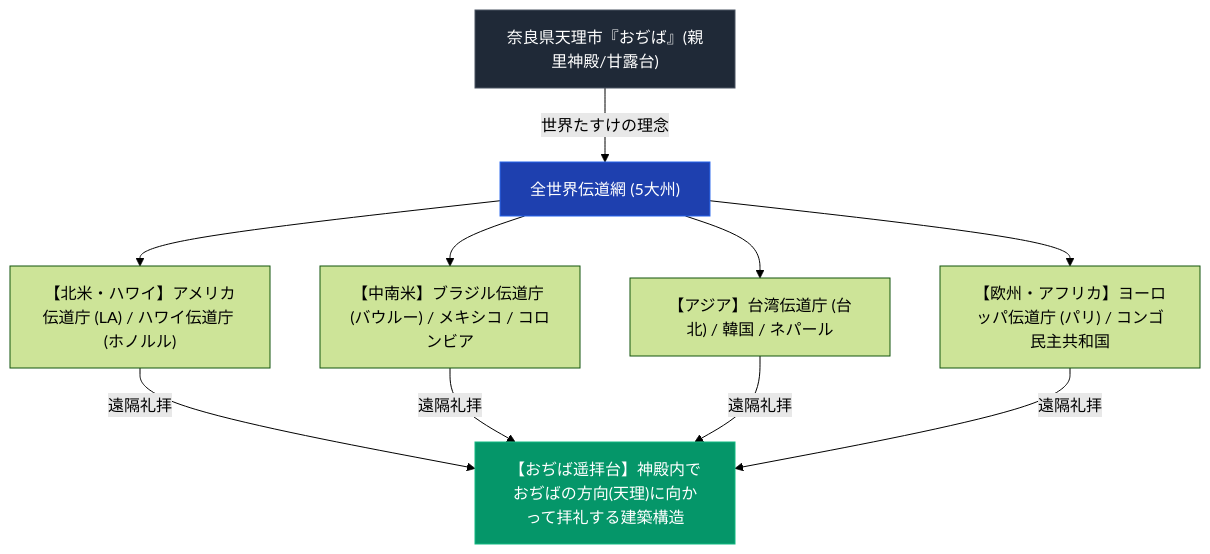
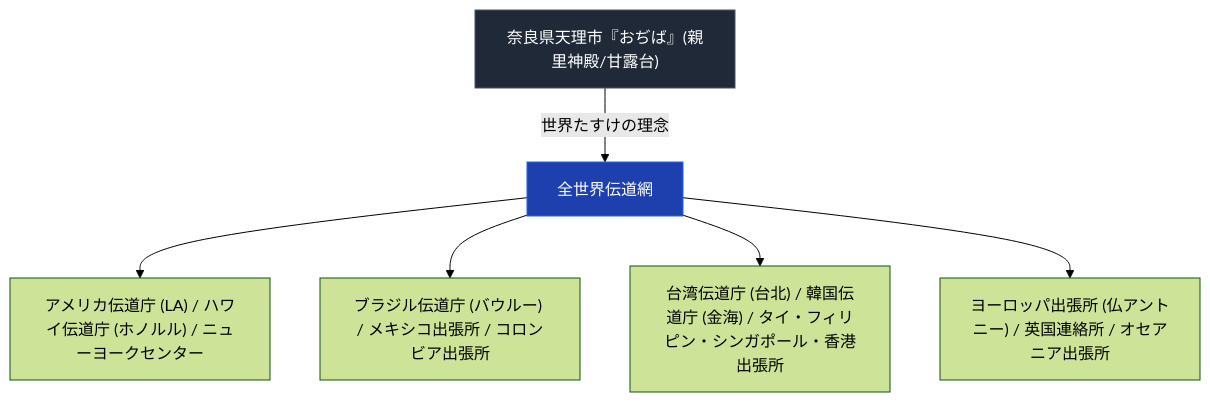
Before and after one commit to iida-masashi/religion-garden: the diagram in content/01_宗派・異端研究/08_比較・史論・ハブ/天理教の海外拠点と世界伝道網.md, drawn with Mermaid (forest theme). The commit also changed other lines of this file and 251 other files, not shown here.

````diff
--- a/content/01_宗派・異端研究/08_比較・史論・ハブ/天理教の海外拠点と世界伝道網.md
+++ b/content/01_宗派・異端研究/08_比較・史論・ハブ/天理教の海外拠点と世界伝道網.md
@@ -23,15 +23,12 @@
 ```mermaid
 graph TD
-    A["<div style='color:#ffffff;'>奈良県天理市『おぢば』(親里神殿/甘露台)</div>"] -->|世界たすけの理念| B["<div style='color:#ffffff;'>全世界伝道網 (5大州)</div>"]
-    
-    B --> C1["【北米・ハワイ】アメリカ伝道庁 (LA) / ハワイ伝道庁 (ホノルル)"]
-    B --> C2["【中南米】ブラジル伝道庁 (バウルー) / メキシコ / コロンビア"]
-    B --> C3["【アジア】台湾伝道庁 (台北) / 韓国 / ネパール"]
-    B --> C4["【欧州・アフリカ】ヨーロッパ伝道庁 (パリ) / コンゴ民主共和国"]
-    
-    C1 & C2 & C3 & C4 -->|遠隔礼拝| D["<div style='color:#ffffff;'>【おぢば遥拝台】神殿内でおぢばの方向(天理)に向かって拝礼する建築構造</div>"]
-    
-    style A fill:#1f2937,stroke:#4b5563,color:#fff
-    style B fill:#1e40af,stroke:#2563eb,color:#fff
-    style D fill:#059669,stroke:#10b981,color:#fff
+A["<div style='color:#ffffff;'>奈良県天理市『おぢば』(親里神殿/甘露台)</div>"] -->|世界たすけの理念| B["<div style='color:#ffffff;'>全世界伝道網</div>"]
+
+B --> C1["アメリカ伝道庁 (LA) / ハワイ伝道庁 (ホノルル) / ニューヨークセンター"]
+B --> C2["ブラジル伝道庁 (バウルー) / メキシコ出張所 / コロンビア出張所"]
+B --> C3["台湾伝道庁 (台北) / 韓国伝道庁 (金海) / タイ・フィリピン・シンガポール・香港出張所"]
+B --> C4["ヨーロッパ出張所 (仏アントニー) / 英国連絡所 / オセアニア出張所"]
+
+style A fill:#1f2937,stroke:#4b5563,color:#fff
+style B fill:#1e40af,stroke:#2563eb,color:#fff
 ```
````
